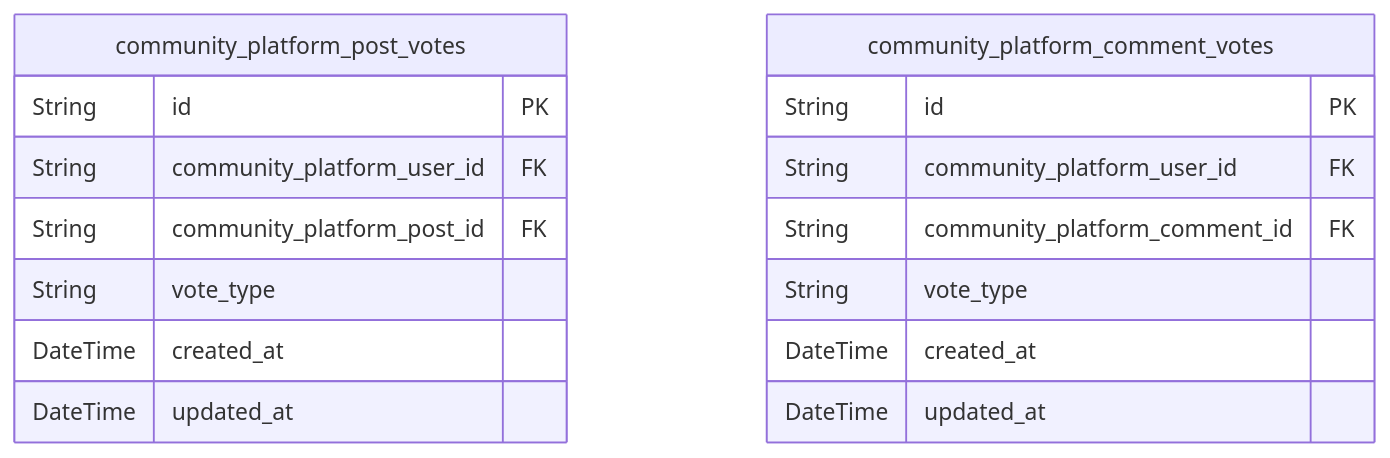
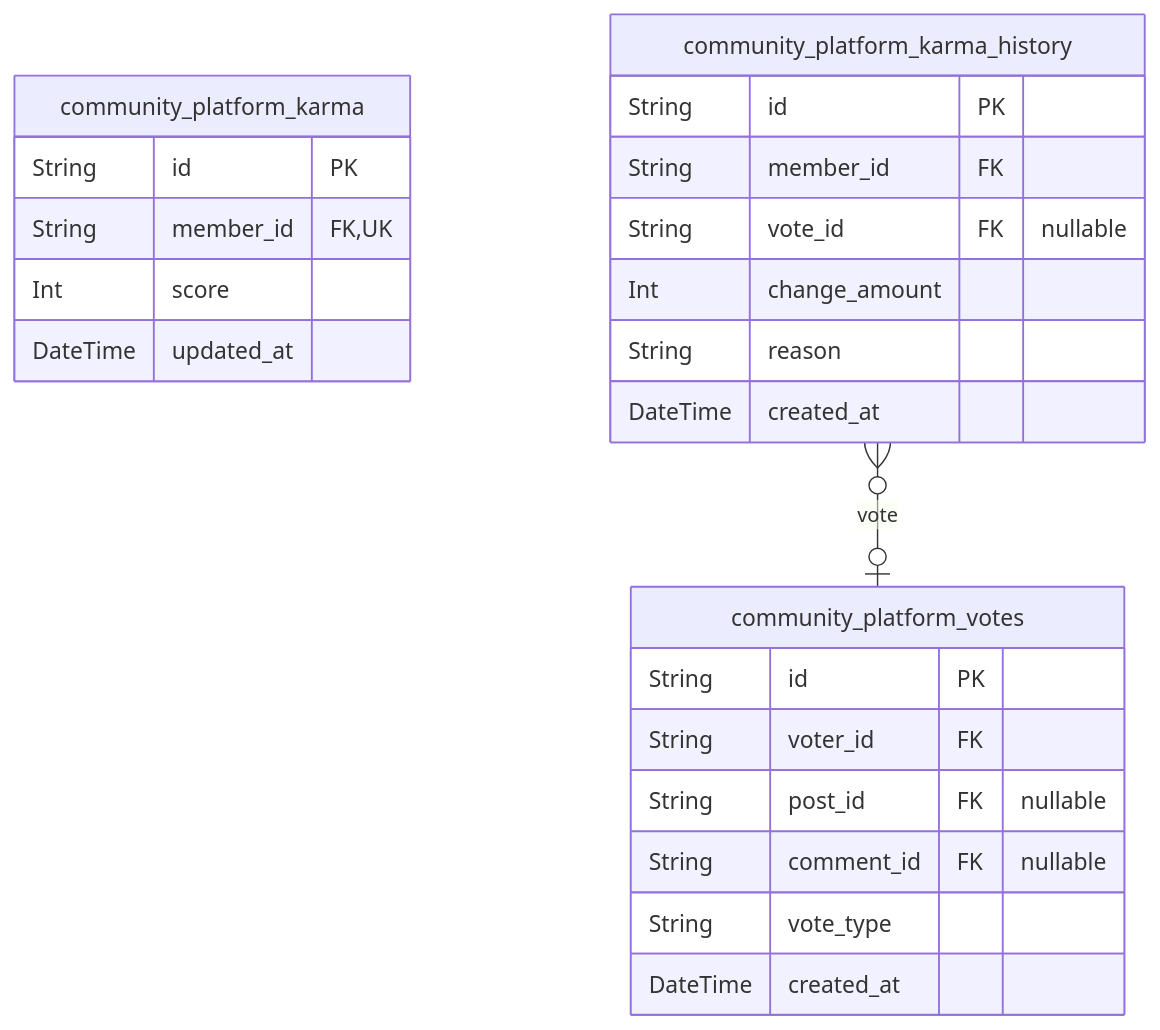
The fourth of 10 diagrams in qwen/qwen3-next-80b-a3b-instruct/reddit/docs/ERD.md (wrtnlabs/autobe-examples), drawn with Mermaid before and after one commit. The commit also changed other lines of this file and 16146 other files, not shown here.

````diff
--- a/qwen/qwen3-next-80b-a3b-instruct/reddit/docs/ERD.md
+++ b/qwen/qwen3-next-80b-a3b-instruct/reddit/docs/ERD.md
@@ -920,19 +500,26 @@
 ```mermaid
 erDiagram
-"community_platform_post_votes" {
+"community_platform_votes" {
   String id PK
-  String community_platform_user_id FK
-  String community_platform_post_id FK
+  String voter_id FK
+  String post_id FK "nullable"
+  String comment_id FK "nullable"
   String vote_type
   DateTime created_at
+}
+"community_platform_karma" {
+  String id PK
+  String member_id FK,UK
+  Int score
   DateTime updated_at
 }
-"community_platform_comment_votes" {
+"community_platform_karma_history" {
   String id PK
-  String community_platform_user_id FK
-  String community_platform_comment_id FK
-  String vote_type
+  String member_id FK
+  String vote_id FK "nullable"
+  Int change_amount
+  String reason
   DateTime created_at
-  DateTime updated_at
 }
+"community_platform_karma_history" }o--o| "community_platform_votes" : vote
 ```
````
